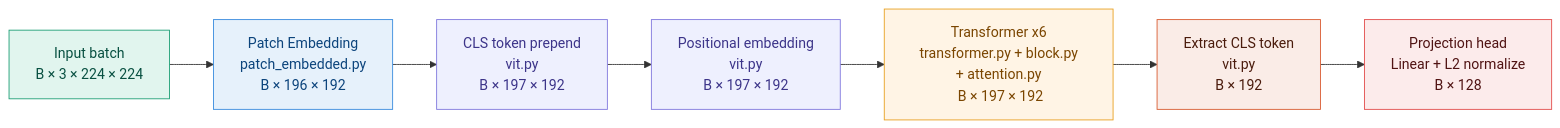
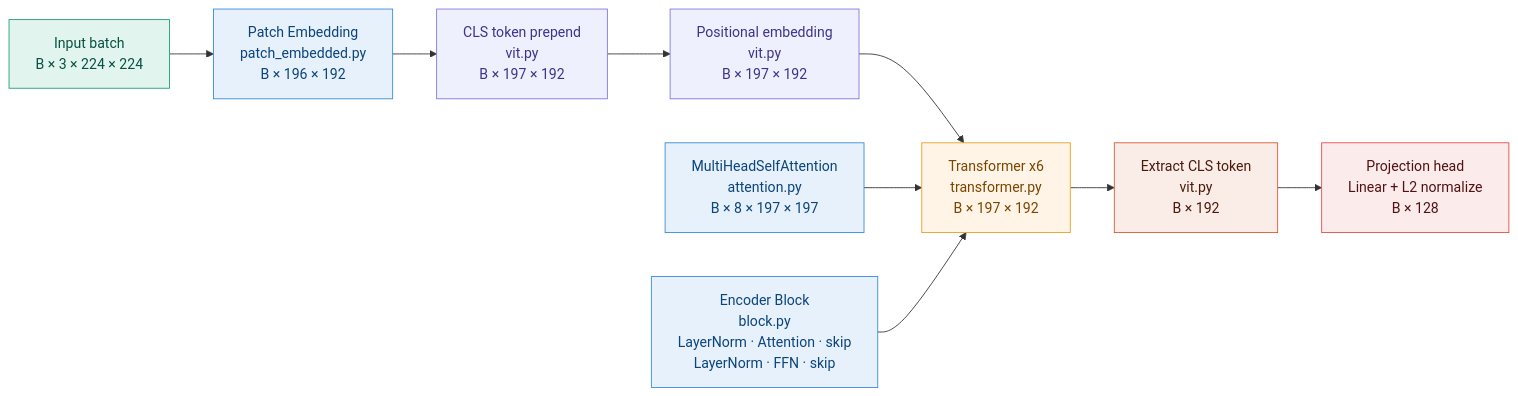
One commit to Volvert/INFO8010-DeepLearing changed the first of 2 diagrams in MODEL.md. Above: the diagram before and after it, drawn with Mermaid.

Commit message:
Refine transformer diagram and add attention styles

````diff
--- a/MODEL.md
+++ b/MODEL.md
@@ -21,18 +21,23 @@
 ```mermaid
 flowchart LR
     A["Input batch\n B × 3 × 224 × 224"] --> B
     B["Patch Embedding\n patch_embedded.py\n B × 196 × 192"] --> C
     C["CLS token prepend\n vit.py\n B × 197 × 192"] --> D
     D["Positional embedding\n vit.py\n B × 197 × 192"] --> E
-    E["Transformer x6\n transformer.py + block.py + attention.py\n B × 197 × 192"] --> F
+    E["Transformer x6\n transformer.py\n B × 197 × 192"] --> F
     F["Extract CLS token\n vit.py\n B × 192"] --> G
     G["Projection head\n Linear + L2 normalize\n B × 128"]
-
+ 
+    ATT["MultiHeadSelfAttention\n attention.py\n B × 8 × 197 × 197"] --> E
+    BLK["Encoder Block\n block.py\n LayerNorm · Attention · skip\n LayerNorm · FFN · skip"] --> E
+ 
     style A fill:#E1F5EE,stroke:#1D9E75,color:#085041
     style B fill:#E6F1FB,stroke:#378ADD,color:#0C447C
     style C fill:#EEF0FE,stroke:#7F77DD,color:#3C3489
     style D fill:#EEF0FE,stroke:#7F77DD,color:#3C3489
     style E fill:#FFF4E5,stroke:#E8A020,color:#7A4500
     style F fill:#FAECE7,stroke:#D85A30,color:#4A1B0C
     style G fill:#FCEBEB,stroke:#E24B4A,color:#501313
+    style ATT fill:#E6F1FB,stroke:#378ADD,color:#0C447C
+    style BLK fill:#E6F1FB,stroke:#378ADD,color:#0C447C
 ```
````
